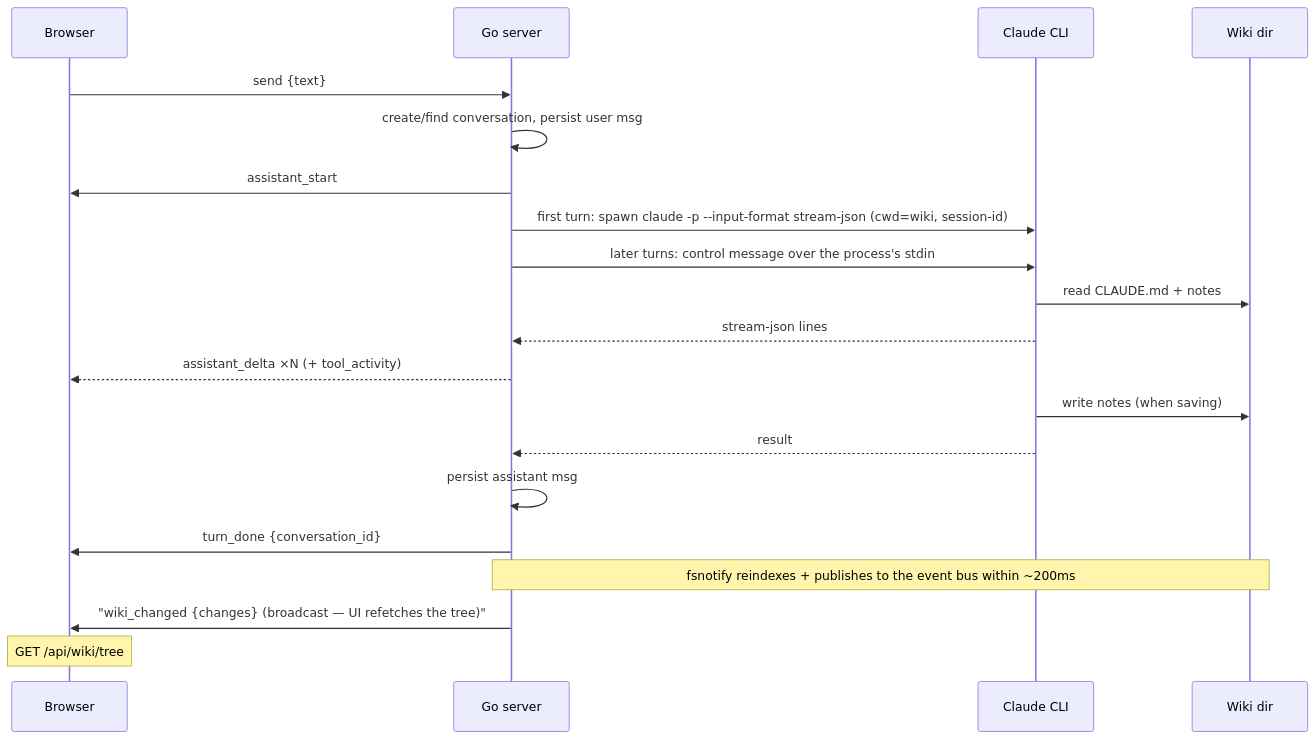
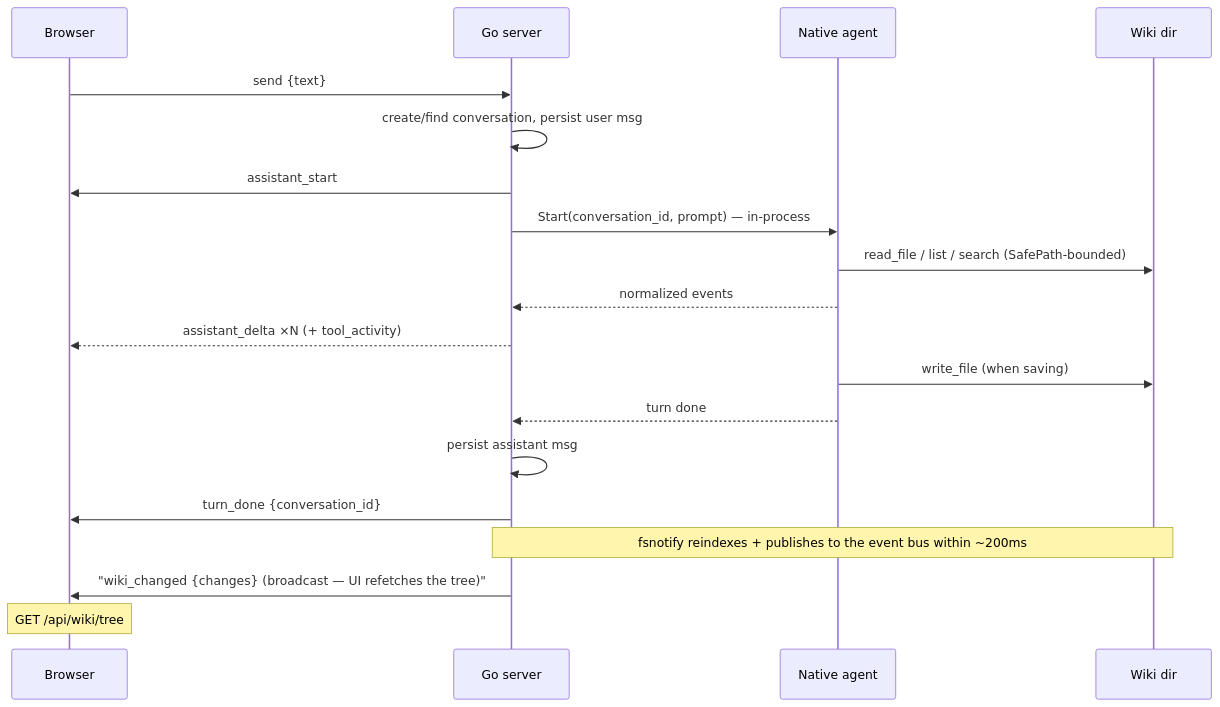
One commit to shiv-source/thoth changed the diagram in docs/api.md. Above: the diagram before and after it, drawn with Mermaid. The commit also changed other lines of this file and 15 other files, not shown here.

Commit message:
docs: update committed docs for the native agent

````diff
--- a/docs/api.md
+++ b/docs/api.md
@@ -46,23 +46,22 @@
 ```mermaid
 sequenceDiagram
     participant UI as Browser
     participant Go as Go server
-    participant CC as Claude CLI
+    participant NA as Native agent
     participant W as Wiki dir
 
     UI->>Go: send {text}
     Go->>Go: create/find conversation, persist user msg
     Go->>UI: assistant_start
-    Go->>CC: first turn: spawn claude -p --input-format stream-json (cwd=wiki, session-id)
-    Go->>CC: later turns: control message over the process's stdin
-    CC->>W: read CLAUDE.md + notes
-    CC-->>Go: stream-json lines
+    Go->>NA: Start(conversation_id, prompt) — in-process
+    NA->>W: read_file / list / search (SafePath-bounded)
+    NA-->>Go: normalized events
     Go-->>UI: assistant_delta ×N (+ tool_activity)
-    CC->>W: write notes (when saving)
-    CC-->>Go: result
+    NA->>W: write_file (when saving)
+    NA-->>Go: turn done
     Go->>Go: persist assistant msg
     Go->>UI: turn_done {conversation_id}
     Note over W,Go: fsnotify reindexes + publishes to the event bus within ~200ms
     Go->>UI: "wiki_changed {changes} (broadcast — UI refetches the tree)"
     Note over UI: GET /api/wiki/tree
 ```
````
